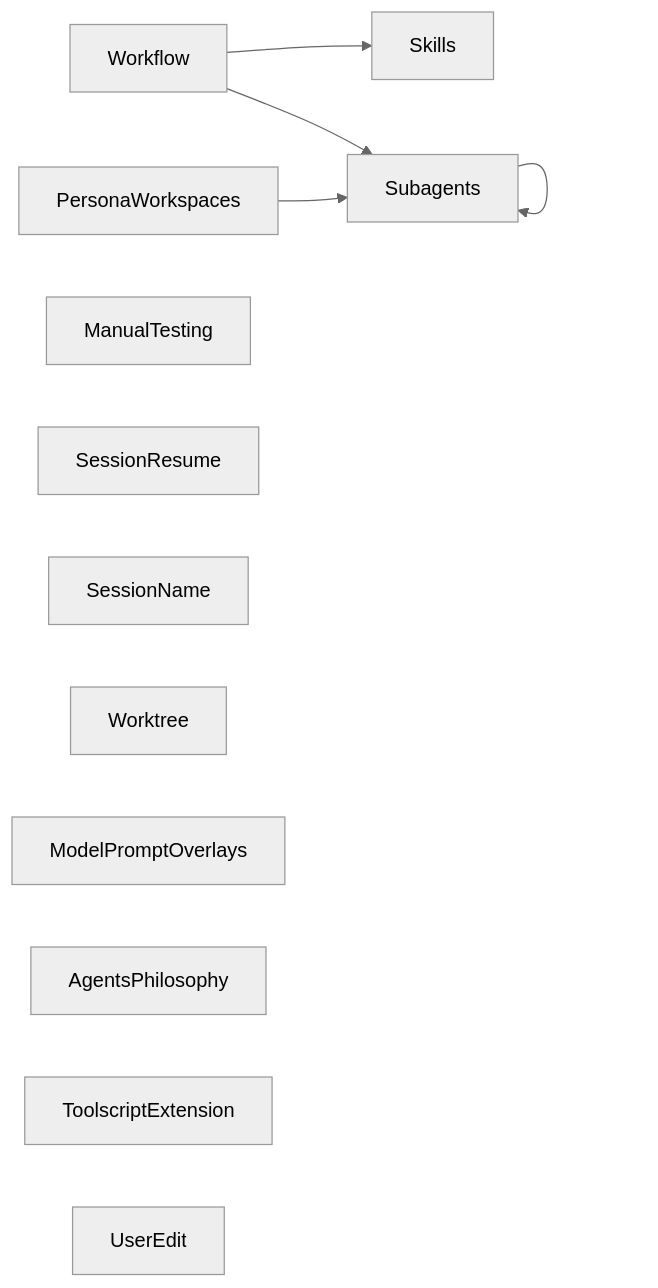
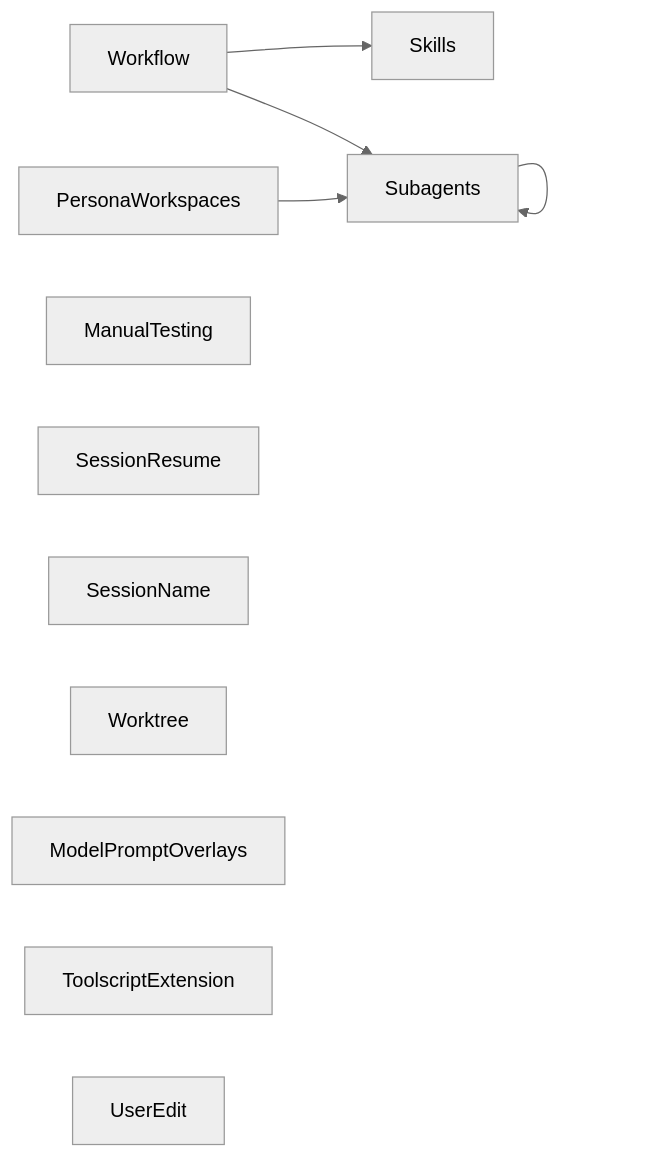
The first of 2 diagrams in codemap.md (alennartz/my-pi), drawn with Mermaid (neutral theme) before and after one commit. The commit also changed other lines of this file and 5 other files, not shown here.

First line of the commit message:
refactor: remove agents-philosophy extension

````diff
--- a/codemap.md
+++ b/codemap.md
@@ -7,15 +7,14 @@
 ```mermaid
 graph LR
   Workflow --> Skills
   Workflow --> Subagents
   Subagents --> Subagents
   PersonaWorkspaces --> Subagents
   ManualTesting
   SessionResume
   SessionName
   Worktree
   ModelPromptOverlays
-  AgentsPhilosophy
   ToolscriptExtension
   UserEdit
 ```
````
